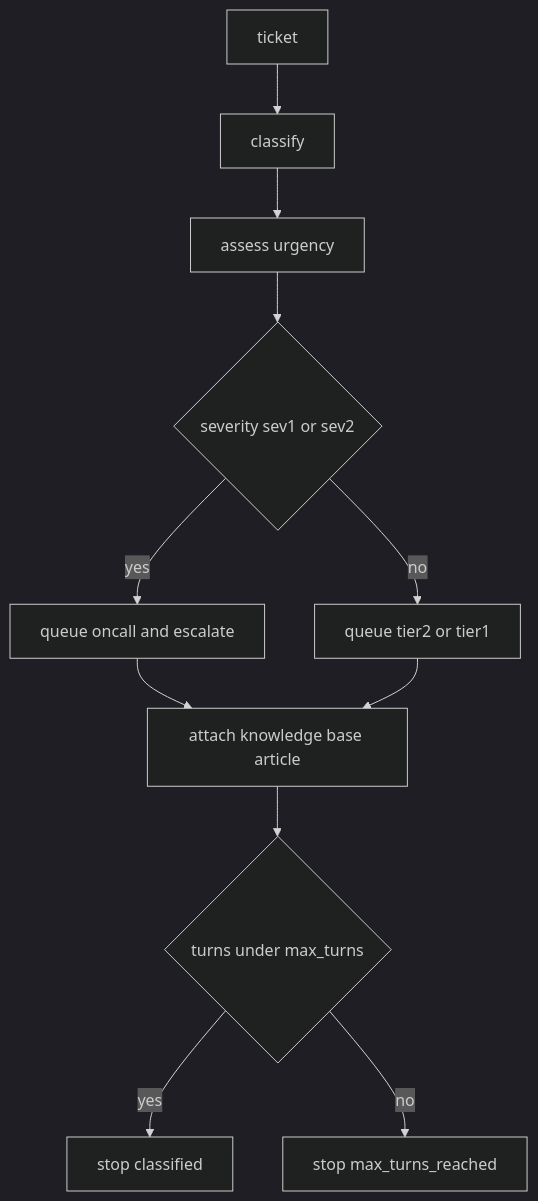
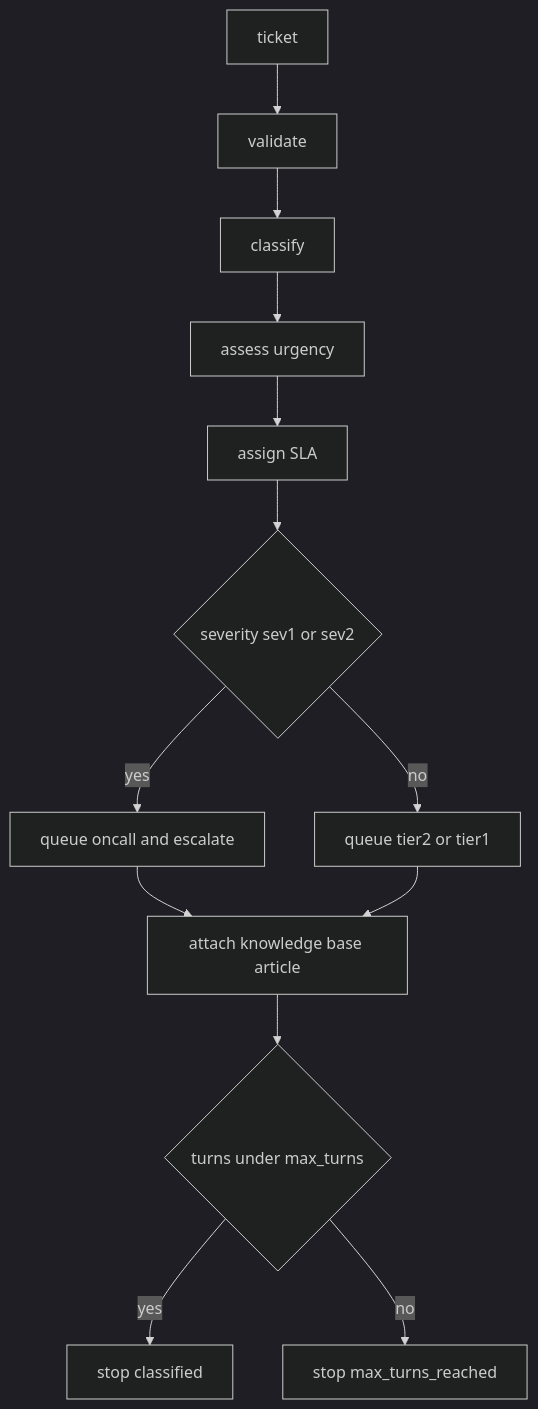
One commit to tcp-ecosystem/MAM changed the diagram in modules/examples/agent/modules/agent.mam.md. Above: the diagram before and after it, drawn with Mermaid (dark theme). The commit also changed other lines of this file and 7 other files, not shown here.

````diff
--- a/modules/examples/agent/modules/agent.mam.md
+++ b/modules/examples/agent/modules/agent.mam.md
@@ -109,13 +297,15 @@
 ```mermaid
 flowchart TD
-    A[ticket] --> B[classify]
-    B --> C[assess urgency]
-    C --> D{severity sev1 or sev2}
-    D -->|yes| E[queue oncall and escalate]
-    D -->|no| F[queue tier2 or tier1]
-    E --> G[attach knowledge base article]
-    F --> G
-    G --> H{turns under max_turns}
-    H -->|yes| I[stop classified]
-    H -->|no| J[stop max_turns_reached]
+    A[ticket] --> B[validate]
+    B --> C[classify]
+    C --> D[assess urgency]
+    D --> E[assign SLA]
+    E --> F{severity sev1 or sev2}
+    F -->|yes| G[queue oncall and escalate]
+    F -->|no| H[queue tier2 or tier1]
+    G --> I[attach knowledge base article]
+    H --> I
+    I --> J{turns under max_turns}
+    J -->|yes| K[stop classified]
+    J -->|no| L[stop max_turns_reached]
 ```
````
